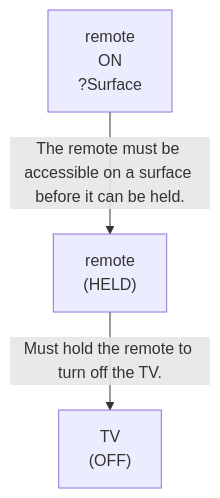
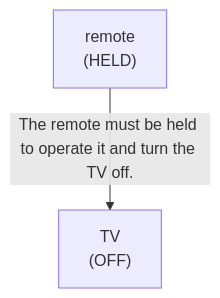
One commit to scuama/virtualhome changed the first of 3 diagrams in evaluation/results/table3/robostate/runs/without_goal_reasoning/G4_18/run_T3_without_goal_reasoning_G4_18.md. Above: the diagram before and after it, drawn with Mermaid. The commit also changed other lines of this file and 507 other files, not shown here.

````diff
--- a/evaluation/results/table3/robostate/runs/without_goal_reasoning/G4_18/run_T3_without_goal_reasoning_G4_18.md
+++ b/evaluation/results/table3/robostate/runs/without_goal_reasoning/G4_18/run_T3_without_goal_reasoning_G4_18.md
@@ -32,8 +32,6 @@
 ```mermaid
 graph TD
     N1["TV<br>(OFF)"]
     N2["remote<br>(HELD)"]
-    N3["remote<br>ON<br>?Surface"]
-    N2 -->|"Must hold the remote to turn off the TV."| N1
-    N3 -->|"The remote must be accessible on a surface before it can be held."| N2
+    N2 -->|"The remote must be held to operate it and turn the TV off."| N1
 ```
````
